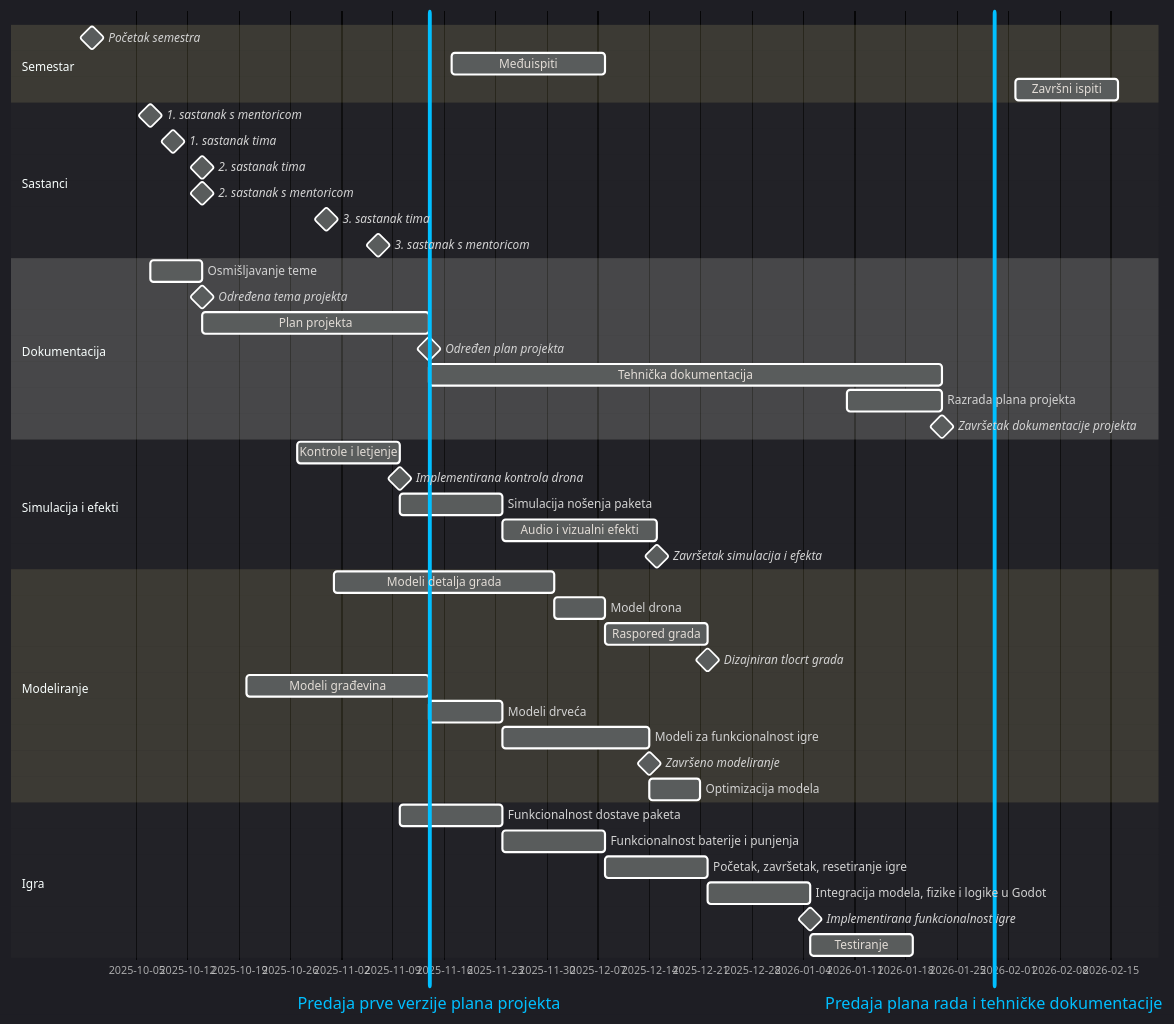
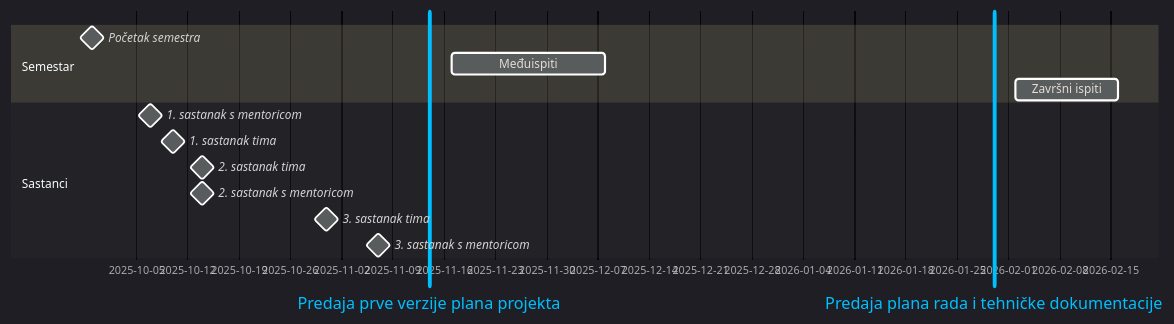
One commit to j-ramljak/Dron.co changed the first of 2 diagrams in docs/README.md. Above: the diagram before and after it, drawn with Mermaid. The commit also changed other lines of this file, not shown here.

````diff
--- a/docs/README.md
+++ b/docs/README.md
@@ -79,62 +77,26 @@
 ```mermaid
 ---
 config:
   theme: dark
   // gantt:
     // useWidth: 1000
 ---
 gantt
     dateFormat DD-MM-YYYY
     todayMarker on
 
     section Semestar
         Početak semestra                                : milestone, 29-09-2025, 0d
         Predaja prve verzije plana projekta             : vert, rok1, 14-11-2025, 0d
         Međuispiti                                      : mi, 17-11-2025, 21d
         Završni ispiti                                  : zi, 02-02-2026, 14d
         Predaja plana rada i tehničke dokumentacije     : vert, rok2, 30-01-2026, 0d
 
     section Sastanci
         1. sastanak s mentoricom                        : milestone, 07-10-2025, 0d
         1. sastanak tima                                : milestone, 10-10-2025, 0d
         2. sastanak tima                                : milestone, 14-10-2025, 0d
         2. sastanak s mentoricom                        : milestone, 14-10-2025, 0d
         3. sastanak tima                                : milestone, 31-10-2025, 0d
         3. sastanak s mentoricom                        : milestone, 07-11-2025, 0d
-
-	section Dokumentacija
-		Osmišljavanje teme : d1, 07-10-2025, 7d
-        Određena tema projekta : milestone, 0d
-        Plan projekta : 14-11-2025
-        Određen plan projekta : milestone, 0d
-        Tehnička dokumentacija : 23-01-2026
-        Razrada plana projekta : d4, 10-01-2026, 23-01-2026
-        Završetak dokumentacije projekta : milestone, 0d
-
-    section Simulacija i efekti
-        Kontrole i letjenje : 27-10-2025, 14d
-        Implementirana kontrola drona : milestone, 0d
-        Simulacija nošenja paketa : 14d
-        Audio i vizualni efekti : 21d
-        Završetak simulacija i efekta : milestone, 0d
-
-    section Modeliranje
-        Modeli detalja grada : 01-11-2025, 30d
-        Model drona : 7d
-        Raspored grada : 14d
-        Dizajniran tlocrt grada : milestone, 0d
-
-        Modeli građevina : 20-10-2025, 25d
-        Modeli drveća : 10d
-        Modeli za funkcionalnost igre : 20d
-        Završeno modeliranje : milestone, 0d
-        Optimizacija modela : 7d
-
-    section Igra
-        Funkcionalnost dostave paketa : i1, 10-11-2025, 14d
-        Funkcionalnost baterije i punjenja : i2, after i1, 14d
-        Početak, završetak, resetiranje igre : i3, after i2, 14d
-        Integracija modela, fizike i logike u Godot : 14d
-        Implementirana funkcionalnost igre : milestone, 0d
-        Testiranje : 14d
 ```
````
